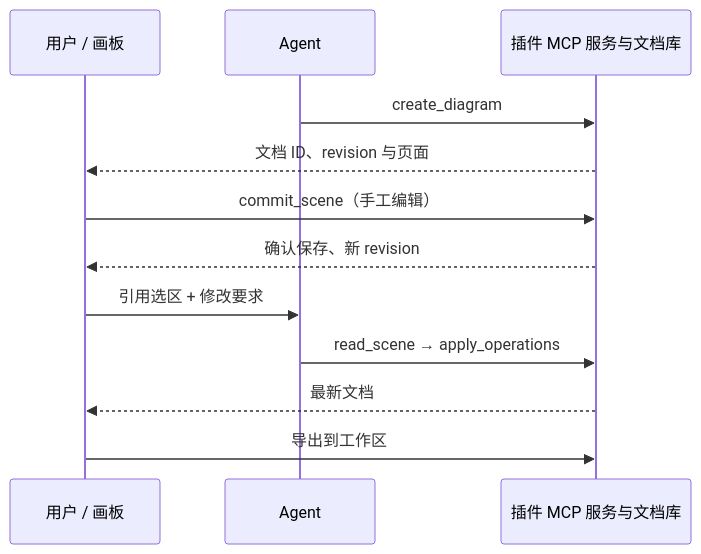
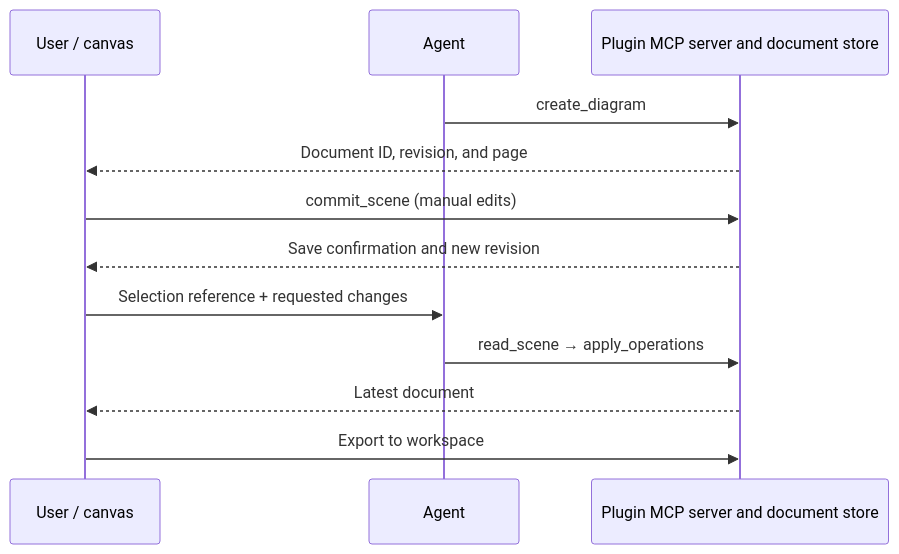
One commit to osben/ZCode changed the first of 2 diagrams in UI_PLUGIN.md. Above: the diagram before and after it, drawn with Mermaid. The commit also changed other lines of this file and 3 other files, not shown here.

````diff
--- a/UI_PLUGIN.md
+++ b/UI_PLUGIN.md
@@ -70,14 +68,14 @@
 ```mermaid
 sequenceDiagram
-  participant U as 用户 / 画板
+  participant U as User / canvas
   participant A as Agent
-  participant S as 插件 MCP 服务与文档库
+  participant S as Plugin MCP server and document store
   A->>S: create_diagram
-  S-->>U: 文档 ID、revision 与页面
-  U->>S: commit_scene（手工编辑）
-  S-->>U: 确认保存、新 revision
-  U->>A: 引用选区 + 修改要求
+  S-->>U: Document ID, revision, and page
+  U->>S: commit_scene (manual edits)
+  S-->>U: Save confirmation and new revision
+  U->>A: Selection reference + requested changes
   A->>S: read_scene → apply_operations
-  S-->>U: 最新文档
-  U->>S: 导出到工作区
+  S-->>U: Latest document
+  U->>S: Export to workspace
 ```
````
